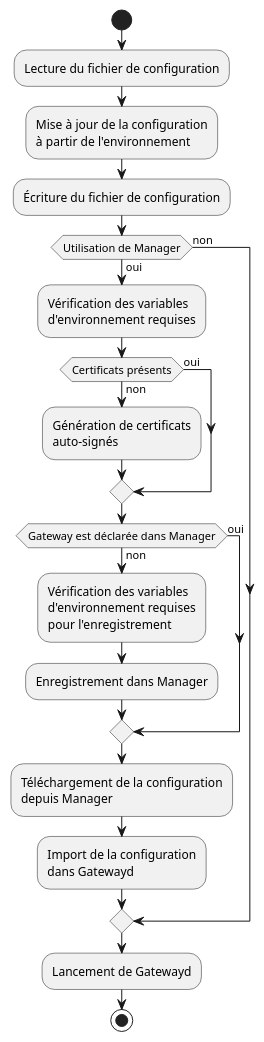
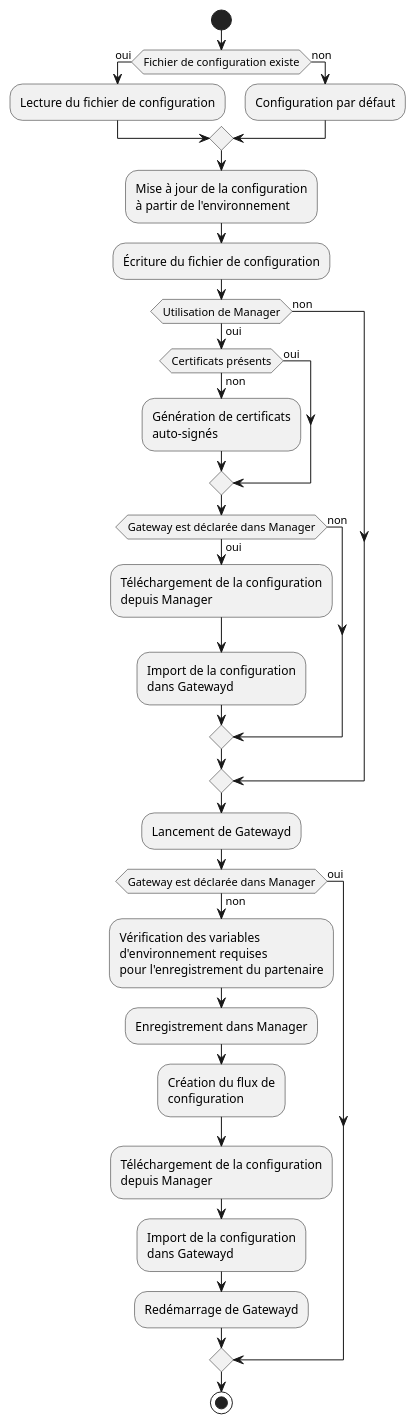
Before and after one commit to waarp/gateway: the diagram in doc/source/reference/container.rst, drawn with PlantUML. The commit also changed other lines of this file and 3 other files, not shown here.

```diff
--- a/doc/source/reference/container.rst
+++ b/doc/source/reference/container.rst
@@ -28,41 +418,58 @@
 .. uml::
 
    start
 
-   :Lecture du fichier de configuration;
+   if (Fichier de configuration existe) then (oui)
+      :Lecture du fichier de configuration;
+   else (non)
+      :Configuration par défaut;
+   endif
 
    :Mise à jour de la configuration
    à partir de l'environnement;
 
    :Écriture du fichier de configuration;
 
    if (Utilisation de Manager) then (oui)
-      :Vérification des variables
-      d'environnement requises;
 
       if (Certificats présents) then (oui)
       else (non)
          :Génération de certificats
          auto-signés;
       endif
 
       if (Gateway est déclarée dans Manager) then (oui)
+         :Téléchargement de la configuration
+         depuis Manager;
+
+         :Import de la configuration
+         dans Gatewayd;
       else (non)
-         :Vérification des variables
-         d'environnement requises
-         pour l'enregistrement;
+      endif
 
-         :Enregistrement dans Manager;
-      endif
+   else (non)
+   endif
+
+   :Lancement de Gatewayd;
+
+   if (Gateway est déclarée dans Manager) then (oui)
+   else (non)
+      :Vérification des variables
+      d'environnement requises
+      pour l'enregistrement du partenaire;
+
+      :Enregistrement dans Manager;
+
+      :Création du flux de
+      configuration;
 
       :Téléchargement de la configuration
       depuis Manager;
 
       :Import de la configuration
       dans Gatewayd;
-   else (non)
+         
+      :Redémarrage de Gatewayd;
    endif
 
-   :Lancement de Gatewayd;
-
    stop
```
